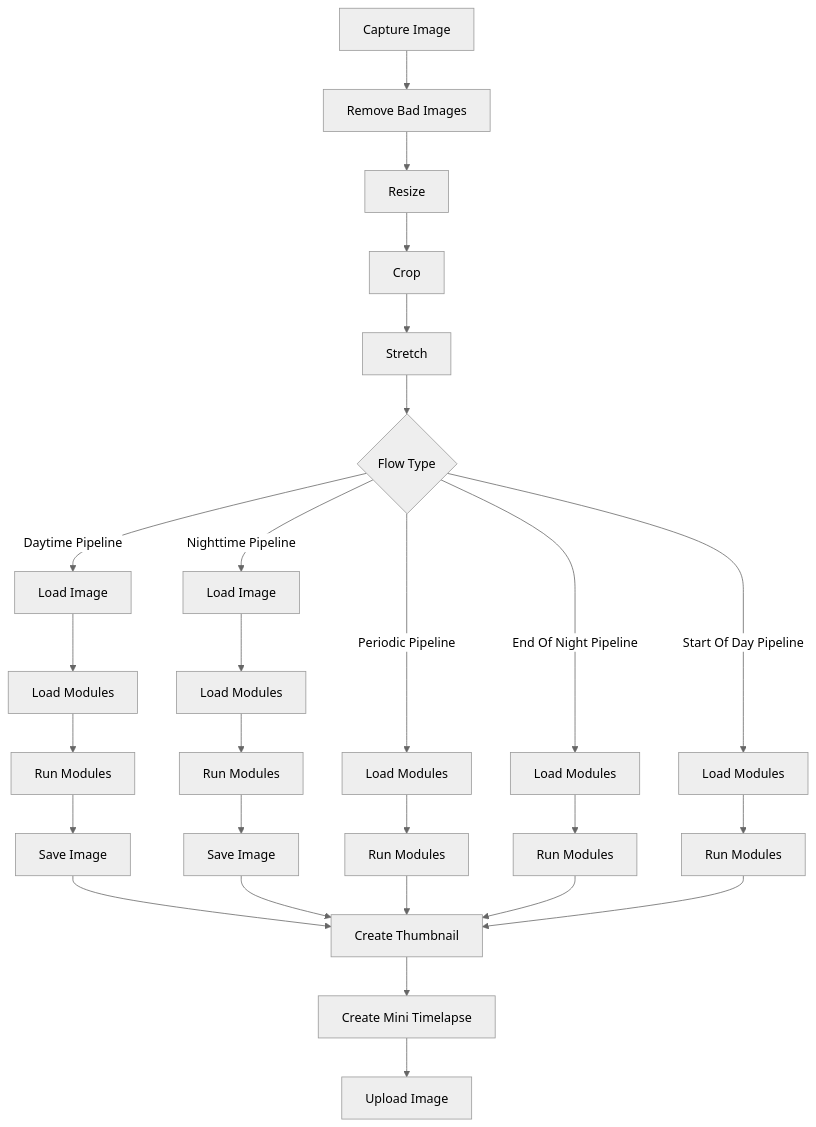
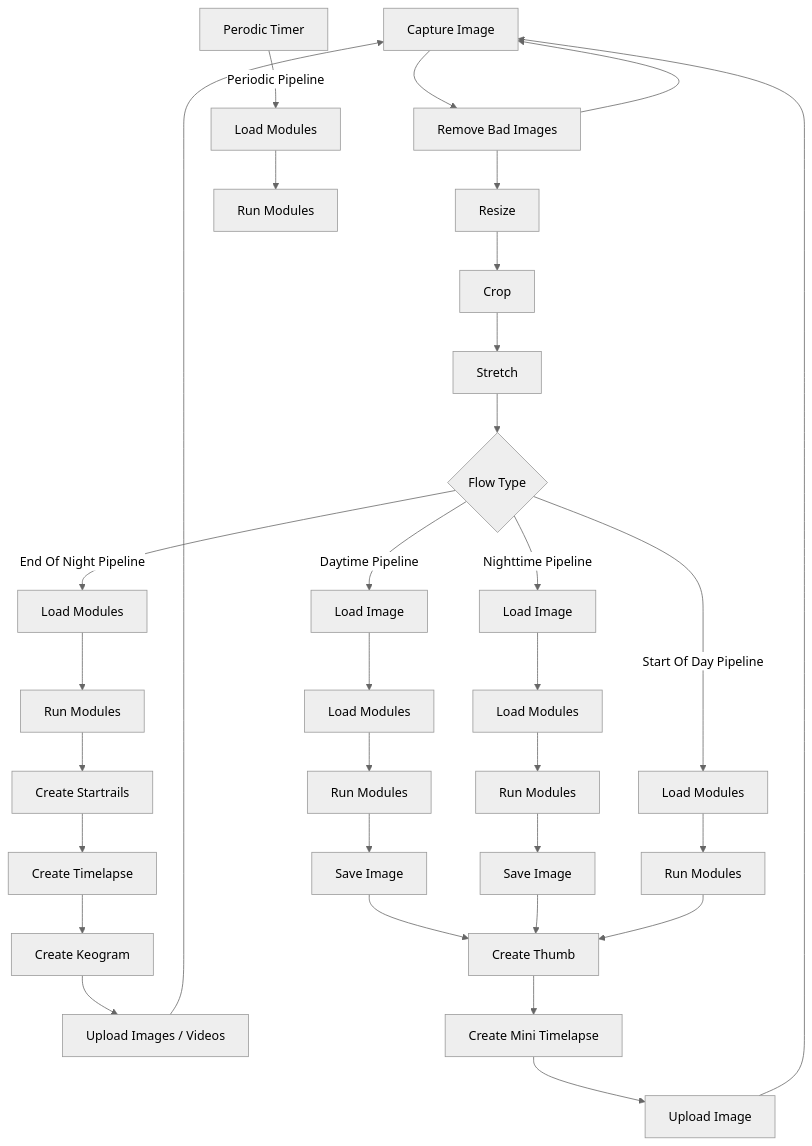
The diagram in docs/developer_guide/overview.md (AllskyTeam/allsky), drawn with Mermaid (neutral theme) before and after one commit. The commit also changed 22 other files, not shown here.

````diff
--- a/docs/developer_guide/overview.md
+++ b/docs/developer_guide/overview.md
@@ -24,11 +24,33 @@
 ``` mermaid
-flowchart TD
-    A[Capture Image] --> B[Remove Bad Images] --> C[Resize] --> D[Crop] --> E[Stretch]
-    E --> J{Flow Type}
-    J -->|Daytime Pipeline| K[Load Image] --> K1[Load Modules] --> K2[Run Modules] --> K3[Save Image]  --> P
-    J -->|Nighttime Pipeline| L[Load Image] --> L1[Load Modules] --> L2[Run Modules] --> L3[Save Image] --> P
-    J -->|Periodic Pipeline| M[Load Modules] --> MM[Run Modules] --> P
-    J -->|End Of Night Pipeline| N[Load Modules] --> NN[Run Modules] --> P
-    J -->|Start Of Day Pipeline| O[Load Modules] --> OO[Run Modules] --> P
-    P[Create Thumbnail] --> Q[Create Mini Timelapse] --> R[Upload Image]
+flowchart TB
+    A["Capture Image"] --> B["Remove Bad Images"]
+    B --> C["Resize"] & A
+    C --> D["Crop"]
+    D --> E["Stretch"]
+    E --> F{"Flow Type"}
+    F -- Daytime Pipeline --> FDL["Load Image"]
+    FDL --> FDM["Load Modules"]
+    FDM --> FDR["Run Modules"]
+    FDR --> FDS["Save Image"]
+    FDS --> P["Create Thumb"]
+    F -- Nighttime Pipeline --> FNL["Load Image"]
+    FNL --> FNM["Load Modules"]
+    FNM --> FNR["Run Modules"]
+    FNR --> FNS["Save Image"]
+    FNS --> P
+    PTE["Perodic Timer"] -- Periodic Pipeline --> FPM["Load Modules"]
+    FPM --> FPR["Run Modules"]
+    F -- End Of Night Pipeline --> FEONM["Load Modules"]
+    FEONM --> FEONR["Run Modules"]
+    FEONR --> FEONCS["Create Startrails"]
+    FEONCS --> FEONCT["Create Timelapse"]
+    FEONCT --> FEONCK["Create Keogram"]
+    FEONCK --> FEONU["Upload Images / Videos"]
+    FEONU --> A
+    F -- Start Of Day Pipeline --> FEODM["Load Modules"]
+    FEODM --> FEODR["Run Modules"]
+    FEODR --> P
+    P --> Q["Create Mini Timelapse"]
+    Q --> R["Upload Image"]
+    R --> A
 ```
````
